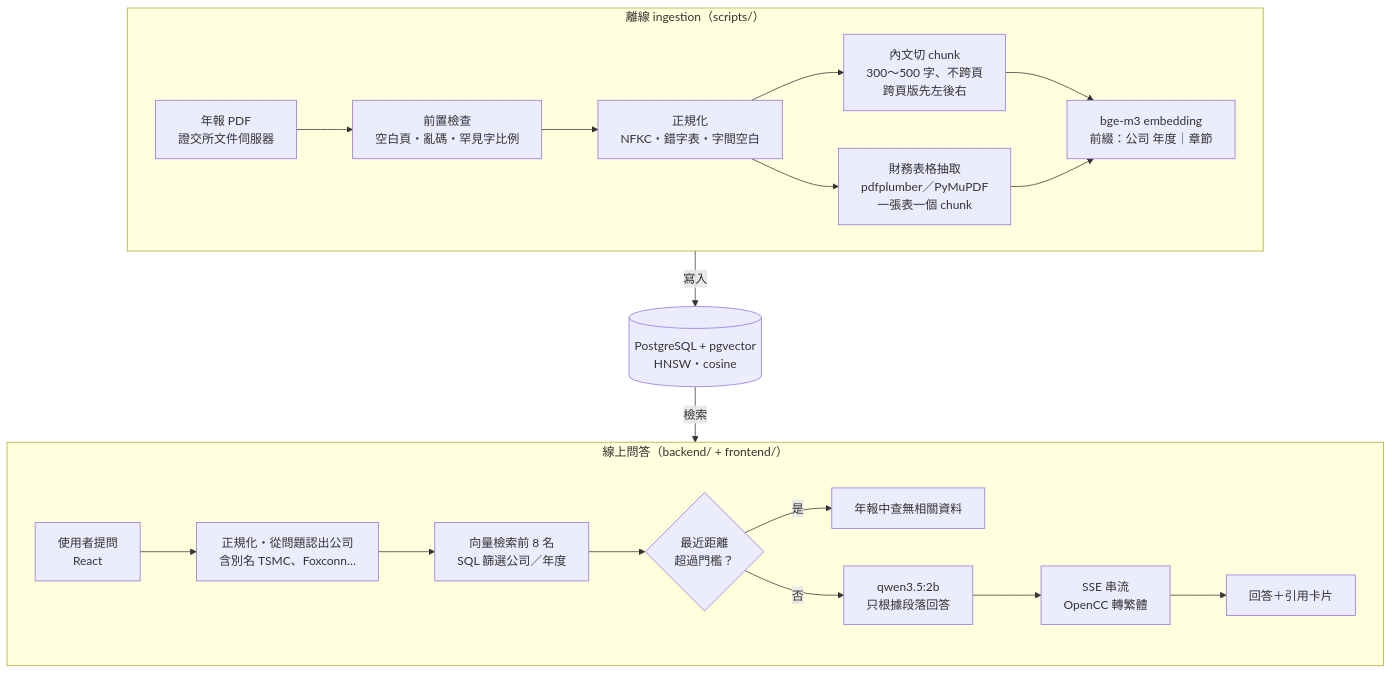
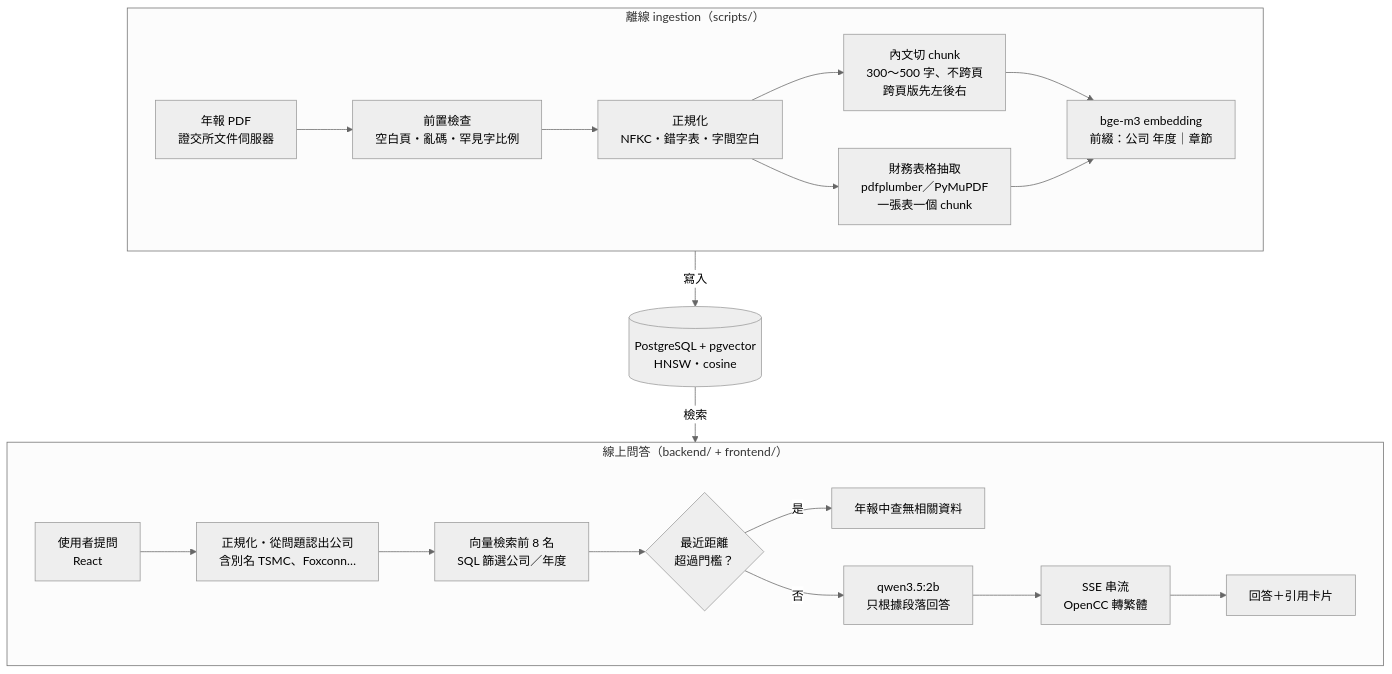
One commit to kimi0217/twse-report-rag changed the diagram in README.md. Above: the diagram before and after it, drawn with Mermaid. The commit also changed other lines of this file, not shown here.

````diff
--- a/README.md
+++ b/README.md
@@ -25,29 +25,30 @@
 ```mermaid
+%%{init: {'theme': 'neutral'}}%%
 flowchart TB
     subgraph offline["離線 ingestion（scripts/）"]
         direction LR
         A["年報 PDF<br/>證交所文件伺服器"] --> B["前置檢查<br/>空白頁・亂碼・罕見字比例"]
         B --> C["正規化<br/>NFKC・錯字表・字間空白"]
         C --> D["內文切 chunk<br/>300～500 字、不跨頁<br/>跨頁版先左後右"]
         C --> E["財務表格抽取<br/>pdfplumber／PyMuPDF<br/>一張表一個 chunk"]
         D --> F["bge-m3 embedding<br/>前綴：公司 年度｜章節"]
         E --> F
     end
 
     DB[("PostgreSQL + pgvector<br/>HNSW・cosine")]
 
     subgraph online["線上問答（backend/ + frontend/）"]
         direction LR
         Q["使用者提問<br/>React"] --> N["正規化・從問題認出公司<br/>含別名 TSMC、Foxconn…"]
         N --> R["向量檢索前 8 名<br/>SQL 篩選公司／年度"]
         R --> T{"最近距離<br/>超過門檻？"}
         T -- 是 --> X["年報中查無相關資料"]
         T -- 否 --> L["qwen3.5:2b<br/>只根據段落回答"]
         L --> S["SSE 串流<br/>OpenCC 轉繁體"]
         S --> U["回答＋引用卡片"]
     end
 
     %% 用區塊對區塊連線：區塊內的節點若直接連到區塊外，mermaid 會忽略 direction LR
     offline -- 寫入 --> DB
     DB -- 檢索 --> online
 ```
````
